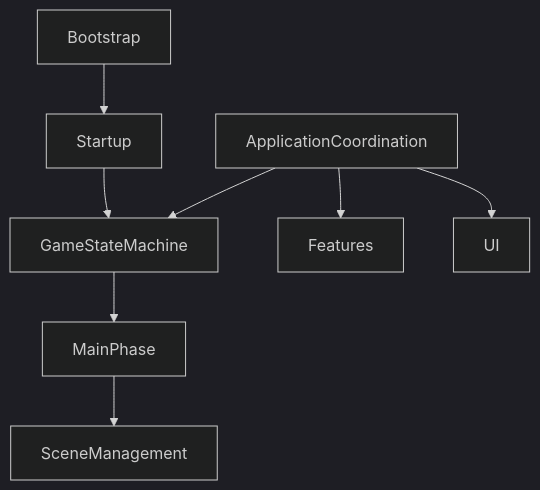
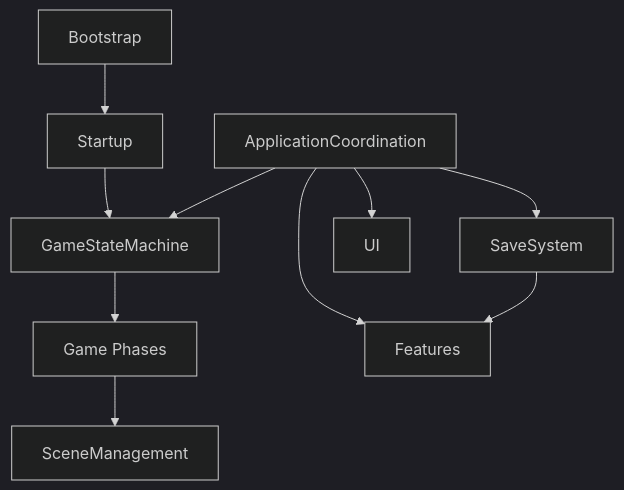
The first of 9 diagrams in Docs/Eng/ArchitectureAtlas/13_ArchitectureOverview.md (chainsawlad-Org/ChainSaw_Leg), drawn with Mermaid (dark theme) before and after one commit. The commit also changed other lines of this file and 25 other files, not shown here.

Commit message:
added charts

````diff
--- a/Docs/Eng/ArchitectureAtlas/13_ArchitectureOverview.md
+++ b/Docs/Eng/ArchitectureAtlas/13_ArchitectureOverview.md
@@ -18,31 +18,39 @@
 ```mermaid
 flowchart TD
 
 Bootstrap
 
 Startup
 
 GameStateMachine
 
+GamePhases["Game Phases"]
+
 ApplicationCoordination
 
 SceneManagement
+
+SaveSystem
 
 Features
 
 UI
 
 Bootstrap --> Startup
 
 Startup --> GameStateMachine
 
-GameStateMachine --> MainPhase
+GameStateMachine --> GamePhases
 
-MainPhase --> SceneManagement
+GamePhases --> SceneManagement
 
 ApplicationCoordination --> GameStateMachine
+
+ApplicationCoordination --> SaveSystem
 
 ApplicationCoordination --> Features
 
 ApplicationCoordination --> UI
+
+SaveSystem --> Features
 ```
````
